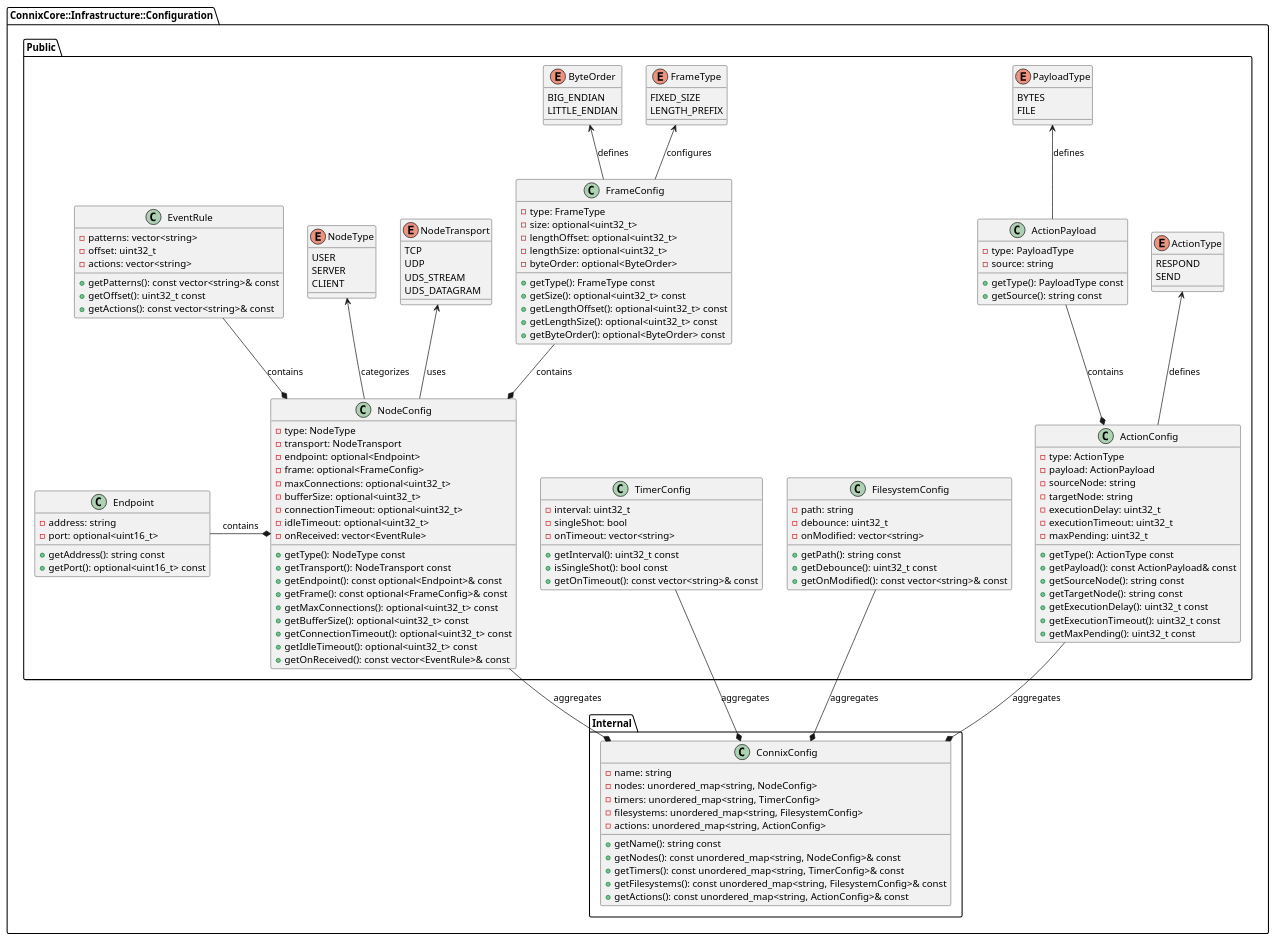
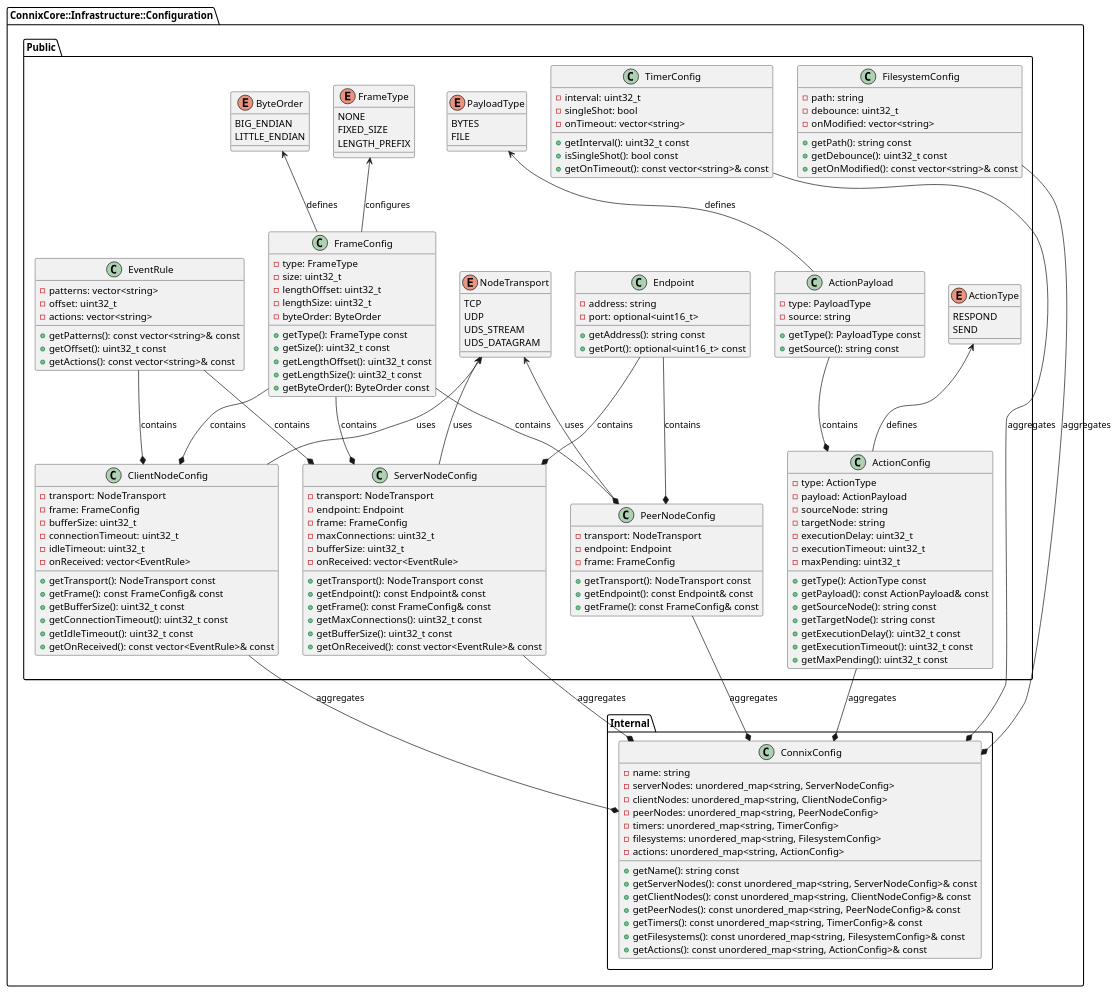
Before and after one commit to nghdang/connix: the diagram in connix/connix-core/infrastructure/configuration/dd/data_structures.puml, drawn with PlantUML. The commit also changed 27 other files, not shown here.

```diff
--- a/connix/connix-core/infrastructure/configuration/dd/data_structures.puml
+++ b/connix/connix-core/infrastructure/configuration/dd/data_structures.puml
@@ -1,174 +1,197 @@
 @startuml Configuration Component - Data Structures
 
 namespace ConnixCore::Infrastructure::Configuration {
 
 package "Public" {
 
     enum FrameType {
+        NONE
         FIXED_SIZE
         LENGTH_PREFIX
     }
 
     enum ByteOrder {
         BIG_ENDIAN
         LITTLE_ENDIAN
     }
 
     enum NodeTransport {
         TCP
         UDP
         UDS_STREAM
         UDS_DATAGRAM
     }
 
-    enum NodeType {
-        USER
-        SERVER
-        CLIENT
-    }
-
     enum ActionType {
         RESPOND
         SEND
     }
 
     class Endpoint {
         - address: string
         - port: optional<uint16_t>
         + getAddress(): string const
         + getPort(): optional<uint16_t> const
     }
 
     class FrameConfig {
         - type: FrameType
-        - size: optional<uint32_t>
-        - lengthOffset: optional<uint32_t>
-        - lengthSize: optional<uint32_t>
-        - byteOrder: optional<ByteOrder>
+        - size: uint32_t
+        - lengthOffset: uint32_t
+        - lengthSize: uint32_t
+        - byteOrder: ByteOrder
         + getType(): FrameType const
-        + getSize(): optional<uint32_t> const
-        + getLengthOffset(): optional<uint32_t> const
-        + getLengthSize(): optional<uint32_t> const
-        + getByteOrder(): optional<ByteOrder> const
+        + getSize(): uint32_t const
+        + getLengthOffset(): uint32_t const
+        + getLengthSize(): uint32_t const
+        + getByteOrder(): ByteOrder const
     }
 
     class EventRule {
         - patterns: vector<string>
         - offset: uint32_t
         - actions: vector<string>
         + getPatterns(): const vector<string>& const
         + getOffset(): uint32_t const
         + getActions(): const vector<string>& const
     }
 
-    class NodeConfig {
-        - type: NodeType
+    class ServerNodeConfig {
         - transport: NodeTransport
-        - endpoint: optional<Endpoint>
-        - frame: optional<FrameConfig>
-        - maxConnections: optional<uint32_t>
-        - bufferSize: optional<uint32_t>
-        - connectionTimeout: optional<uint32_t>
-        - idleTimeout: optional<uint32_t>
+        - endpoint: Endpoint
+        - frame: FrameConfig
+        - maxConnections: uint32_t
+        - bufferSize: uint32_t
         - onReceived: vector<EventRule>
-        + getType(): NodeType const
         + getTransport(): NodeTransport const
-        + getEndpoint(): const optional<Endpoint>& const
-        + getFrame(): const optional<FrameConfig>& const
-        + getMaxConnections(): optional<uint32_t> const
-        + getBufferSize(): optional<uint32_t> const
-        + getConnectionTimeout(): optional<uint32_t> const
-        + getIdleTimeout(): optional<uint32_t> const
+        + getEndpoint(): const Endpoint& const
+        + getFrame(): const FrameConfig& const
+        + getMaxConnections(): uint32_t const
+        + getBufferSize(): uint32_t const
         + getOnReceived(): const vector<EventRule>& const
+    }
+
+    class ClientNodeConfig {
+        - transport: NodeTransport
+        - frame: FrameConfig
+        - bufferSize: uint32_t
+        - connectionTimeout: uint32_t
+        - idleTimeout: uint32_t
+        - onReceived: vector<EventRule>
+        + getTransport(): NodeTransport const
+        + getFrame(): const FrameConfig& const
+        + getBufferSize(): uint32_t const
+        + getConnectionTimeout(): uint32_t const
+        + getIdleTimeout(): uint32_t const
+        + getOnReceived(): const vector<EventRule>& const
+    }
+
+    class PeerNodeConfig {
+        - transport: NodeTransport
+        - endpoint: Endpoint
+        - frame: FrameConfig
+        + getTransport(): NodeTransport const
+        + getEndpoint(): const Endpoint& const
+        + getFrame(): const FrameConfig& const
     }
 
     class TimerConfig {
         - interval: uint32_t
         - singleShot: bool
         - onTimeout: vector<string>
         + getInterval(): uint32_t const
         + isSingleShot(): bool const
         + getOnTimeout(): const vector<string>& const
     }
 
     class FilesystemConfig {
         - path: string
         - debounce: uint32_t
         - onModified: vector<string>
         + getPath(): string const
         + getDebounce(): uint32_t const
         + getOnModified(): const vector<string>& const
     }
 
     enum PayloadType {
         BYTES
         FILE
     }
 
     class ActionPayload {
         - type: PayloadType
         - source: string
         + getType(): PayloadType const
         + getSource(): string const
     }
 
     class ActionConfig {
         - type: ActionType
         - payload: ActionPayload
         - sourceNode: string
         - targetNode: string
         - executionDelay: uint32_t
         - executionTimeout: uint32_t
         - maxPending: uint32_t
         + getType(): ActionType const
         + getPayload(): const ActionPayload& const
         + getSourceNode(): string const
         + getTargetNode(): string const
         + getExecutionDelay(): uint32_t const
         + getExecutionTimeout(): uint32_t const
         + getMaxPending(): uint32_t const
     }
 
     FrameType <-- FrameConfig : configures
     ByteOrder <-- FrameConfig : defines
 
-    Endpoint -right-* NodeConfig : contains
-    FrameConfig --* NodeConfig : contains
-    EventRule --* NodeConfig : contains
-    NodeType <-- NodeConfig : categorizes
-    NodeTransport <-- NodeConfig : uses
+    Endpoint --* ServerNodeConfig : contains
+    FrameConfig --* ServerNodeConfig : contains
+    EventRule --* ServerNodeConfig : contains
+    NodeTransport <-- ServerNodeConfig : uses
+
+    FrameConfig --* ClientNodeConfig : contains
+    EventRule --* ClientNodeConfig : contains
+    NodeTransport <-- ClientNodeConfig : uses
+
+    Endpoint --* PeerNodeConfig : contains
+    FrameConfig --* PeerNodeConfig : contains
+    NodeTransport <-- PeerNodeConfig : uses
 
     PayloadType <-- ActionPayload : defines
     ActionPayload --* ActionConfig : contains
     ActionType <-- ActionConfig : defines
 
-    NodeConfig -[hidden]right- TimerConfig
-    TimerConfig -[hidden]right- FilesystemConfig
-    FilesystemConfig -[hidden]right- ActionConfig
 }
 
 package "Internal" {
 
     class ConnixConfig {
         - name: string
-        - nodes: unordered_map<string, NodeConfig>
+        - serverNodes: unordered_map<string, ServerNodeConfig>
+        - clientNodes: unordered_map<string, ClientNodeConfig>
+        - peerNodes: unordered_map<string, PeerNodeConfig>
         - timers: unordered_map<string, TimerConfig>
         - filesystems: unordered_map<string, FilesystemConfig>
         - actions: unordered_map<string, ActionConfig>
         + getName(): string const
-        + getNodes(): const unordered_map<string, NodeConfig>& const
+        + getServerNodes(): const unordered_map<string, ServerNodeConfig>& const
+        + getClientNodes(): const unordered_map<string, ClientNodeConfig>& const
+        + getPeerNodes(): const unordered_map<string, PeerNodeConfig>& const
         + getTimers(): const unordered_map<string, TimerConfig>& const
         + getFilesystems(): const unordered_map<string, FilesystemConfig>& const
         + getActions(): const unordered_map<string, ActionConfig>& const
     }
 
 }
 
-NodeConfig --* ConnixConfig : aggregates
+ServerNodeConfig --* ConnixConfig : aggregates
+ClientNodeConfig --* ConnixConfig : aggregates
+PeerNodeConfig --* ConnixConfig : aggregates
 TimerConfig --* ConnixConfig : aggregates
 FilesystemConfig --* ConnixConfig : aggregates
 ActionConfig --* ConnixConfig : aggregates
 
 }
 
 @enduml
```
